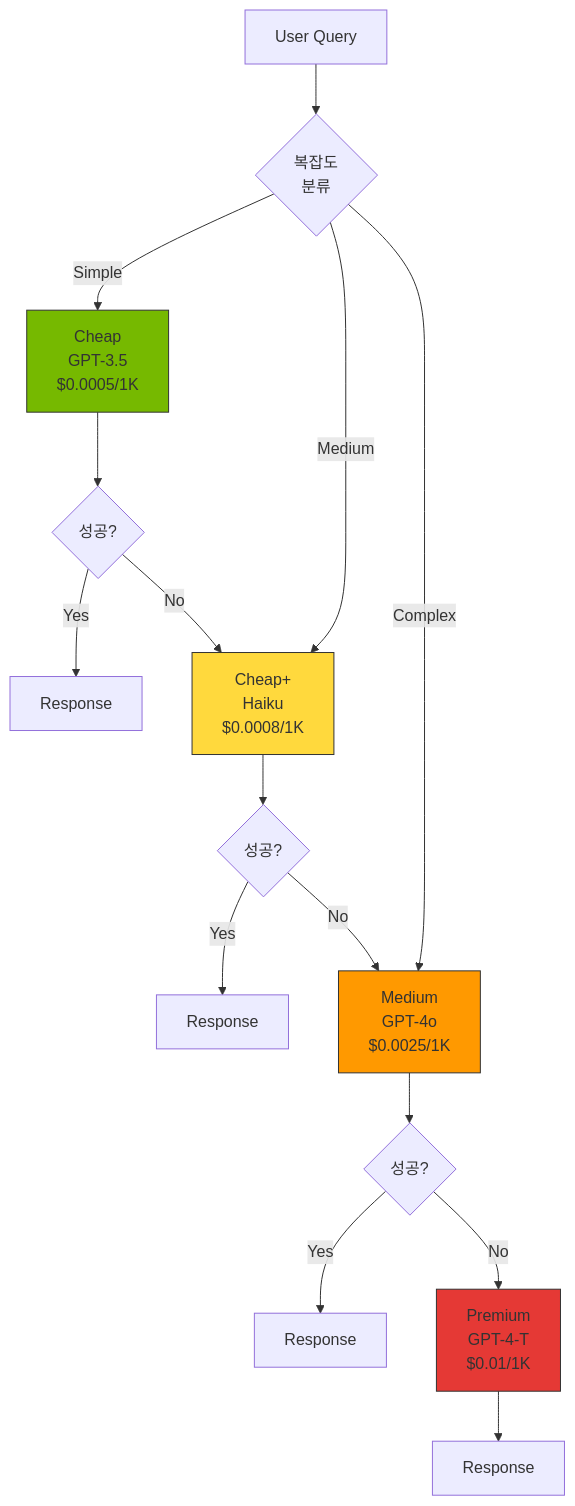
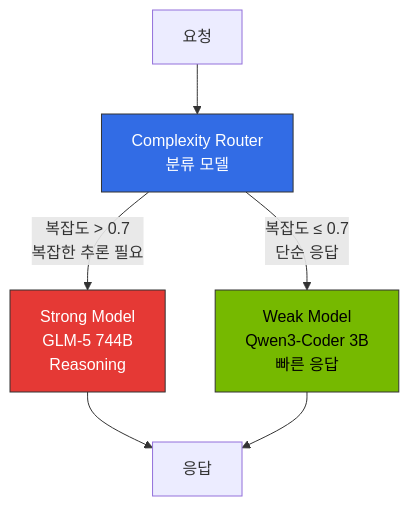
Before and after one commit to devfloor9/engineering-playbook: the fourth of 5 diagrams in docs/agentic-ai-platform/design-architecture/inference-gateway-routing.md, drawn with Mermaid. The commit also changed other lines of this file and 5 other files, not shown here.

````diff
--- a/docs/agentic-ai-platform/design-architecture/inference-gateway-routing.md
+++ b/docs/agentic-ai-platform/design-architecture/inference-gateway-routing.md
@@ -394,43 +467,12 @@
 ```mermaid
-flowchart TB
-    Q[User Query]
-    CL{복잡도<br/>분류}
-
-    C1[Cheap<br/>GPT-3.5<br/>$0.0005/1K]
-    C2[Cheap+<br/>Haiku<br/>$0.0008/1K]
-    M[Medium<br/>GPT-4o<br/>$0.0025/1K]
-    P[Premium<br/>GPT-4-T<br/>$0.01/1K]
-
-    S1{성공?}
-    S2{성공?}
-    S3{성공?}
-
-    R1[Response]
-    R2[Response]
-    R3[Response]
-    R4[Response]
-
-    Q --> CL
-    CL -->|Simple| C1
-    CL -->|Medium| C2
-    CL -->|Complex| M
-
-    C1 --> S1
-    S1 -->|Yes| R1
-    S1 -->|No| C2
-
-    C2 --> S2
-    S2 -->|Yes| R2
-    S2 -->|No| M
-
-    M --> S3
-    S3 -->|Yes| R3
-    S3 -->|No| P
-
-    P --> R4
-
-    style C1 fill:#76b900,stroke:#333
-    style C2 fill:#ffd93d,stroke:#333
-    style M fill:#ff9900,stroke:#333
-    style P fill:#e53935,stroke:#333
+graph TD
+    Req[요청] --> Router[Complexity Router<br/>분류 모델]
+    Router -->|복잡도 > 0.7<br/>복잡한 추론 필요| LLM[Strong Model<br/>GLM-5 744B<br/>Reasoning]
+    Router -->|복잡도 ≤ 0.7<br/>단순 응답| SLM[Weak Model<br/>Qwen3-Coder 3B<br/>빠른 응답]
+    LLM --> Resp[응답]
+    SLM --> Resp
+    
+    style Router fill:#326ce5,stroke:#333,color:#fff
+    style LLM fill:#e53935,stroke:#333,color:#fff
+    style SLM fill:#76b900,stroke:#333,color:#000
 ```
````
